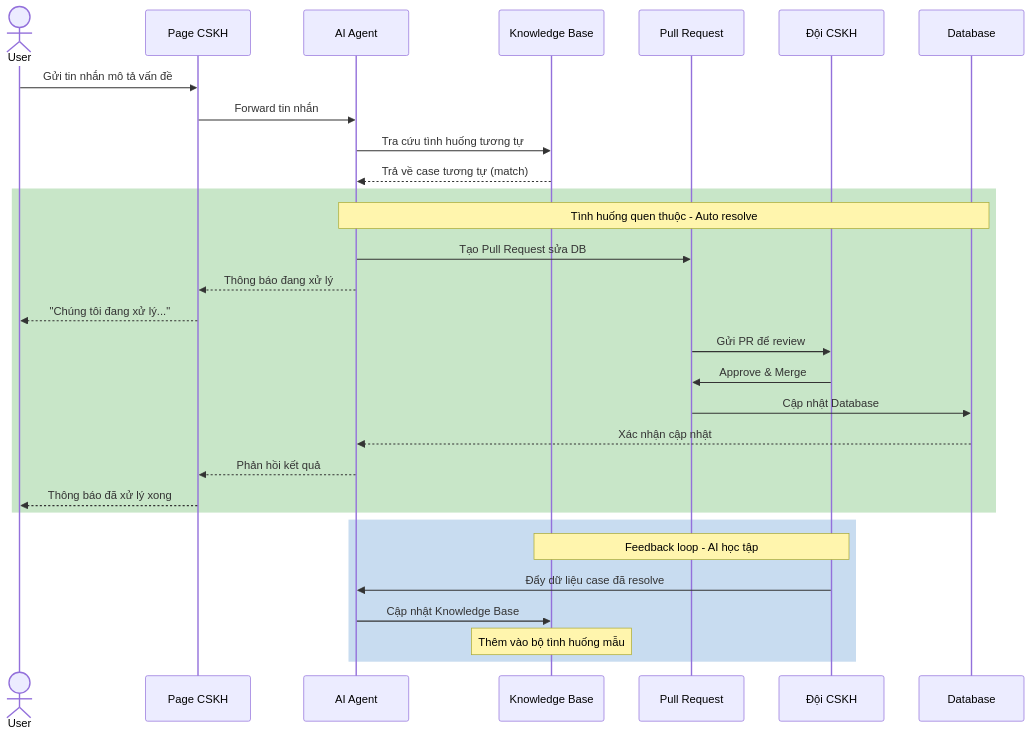
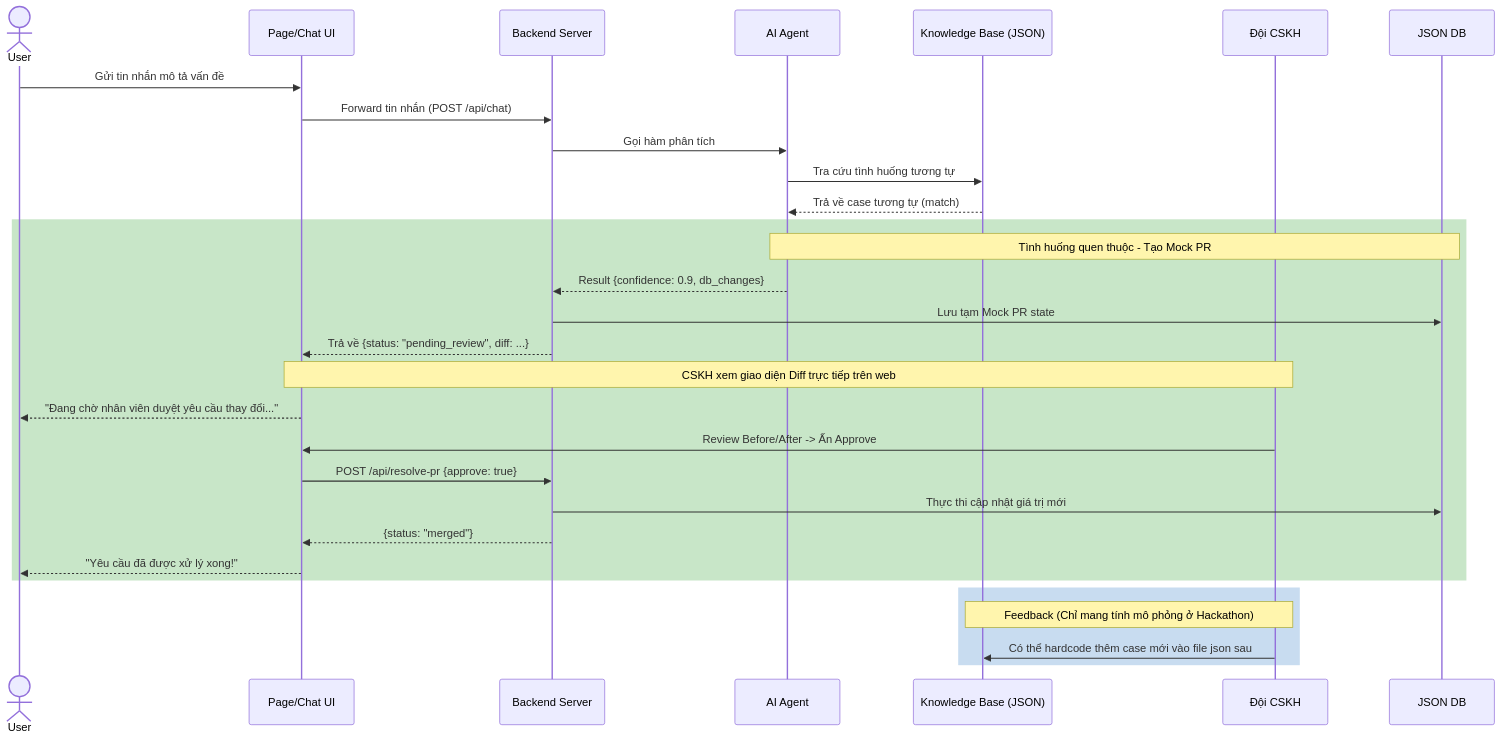
One commit to Falcon-Game-Studio/falcon-supporter changed the first of 2 diagrams in docs/sequence-diagram.md. Above: the diagram before and after it, drawn with Mermaid. The commit also changed 4 other files, not shown here.

````diff
--- a/docs/sequence-diagram.md
+++ b/docs/sequence-diagram.md
@@ -10,35 +10,36 @@
 ```mermaid
 sequenceDiagram
     actor User
-    participant Page as Page CSKH
+    participant Page as Page/Chat UI
+    participant Backend as Backend Server
     participant AI as AI Agent
-    participant KB as Knowledge Base
-    participant PR as Pull Request
+    participant KB as Knowledge Base (JSON)
     participant CSKH as Đội CSKH
-    participant DB as Database
+    participant DB as JSON DB
 
     User->>Page: Gửi tin nhắn mô tả vấn đề
-    Page->>AI: Forward tin nhắn
+    Page->>Backend: Forward tin nhắn (POST /api/chat)
+    Backend->>AI: Gọi hàm phân tích
     AI->>KB: Tra cứu tình huống tương tự
     KB-->>AI: Trả về case tương tự (match)
 
     rect rgb(200, 230, 200)
-        Note over AI,DB: Tình huống quen thuộc - Auto resolve
-        AI->>PR: Tạo Pull Request sửa DB
-        AI-->>Page: Thông báo đang xử lý
-        Page-->>User: "Chúng tôi đang xử lý..."
-        PR->>CSKH: Gửi PR để review
-        CSKH->>PR: Approve & Merge
-        PR->>DB: Cập nhật Database
-        DB-->>AI: Xác nhận cập nhật
-        AI-->>Page: Phản hồi kết quả
-        Page-->>User: Thông báo đã xử lý xong
+        Note over AI,DB: Tình huống quen thuộc - Tạo Mock PR
+        AI-->>Backend: Result {confidence: 0.9, db_changes}
+        Backend->>DB: Lưu tạm Mock PR state
+        Backend-->>Page: Trả về {status: "pending_review", diff: ...}
+        
+        Note over Page,CSKH: CSKH xem giao diện Diff trực tiếp trên web
+        Page-->>User: "Đang chờ nhân viên duyệt yêu cầu thay đổi..."
+        CSKH->>Page: Review Before/After -> Ấn Approve
+        Page->>Backend: POST /api/resolve-pr {approve: true}
+        Backend->>DB: Thực thi cập nhật giá trị mới
+        Backend-->>Page: {status: "merged"}
+        Page-->>User: "Yêu cầu đã được xử lý xong!"
     end
 
     rect rgb(200, 220, 240)
-        Note over CSKH,KB: Feedback loop - AI học tập
-        CSKH->>AI: Đẩy dữ liệu case đã resolve
-        AI->>KB: Cập nhật Knowledge Base
-        Note over KB: Thêm vào bộ tình huống mẫu
+        Note over CSKH,KB: Feedback (Chỉ mang tính mô phỏng ở Hackathon)
+        CSKH->>KB: Có thể hardcode thêm case mới vào file json sau
     end
 ```
````
